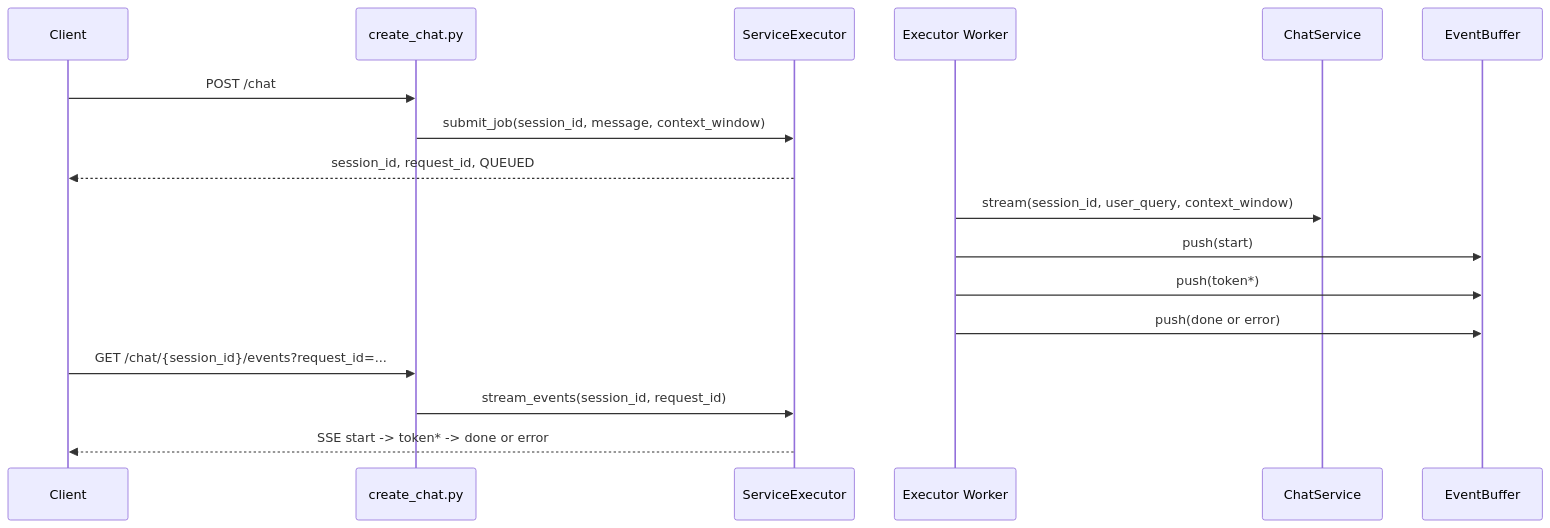
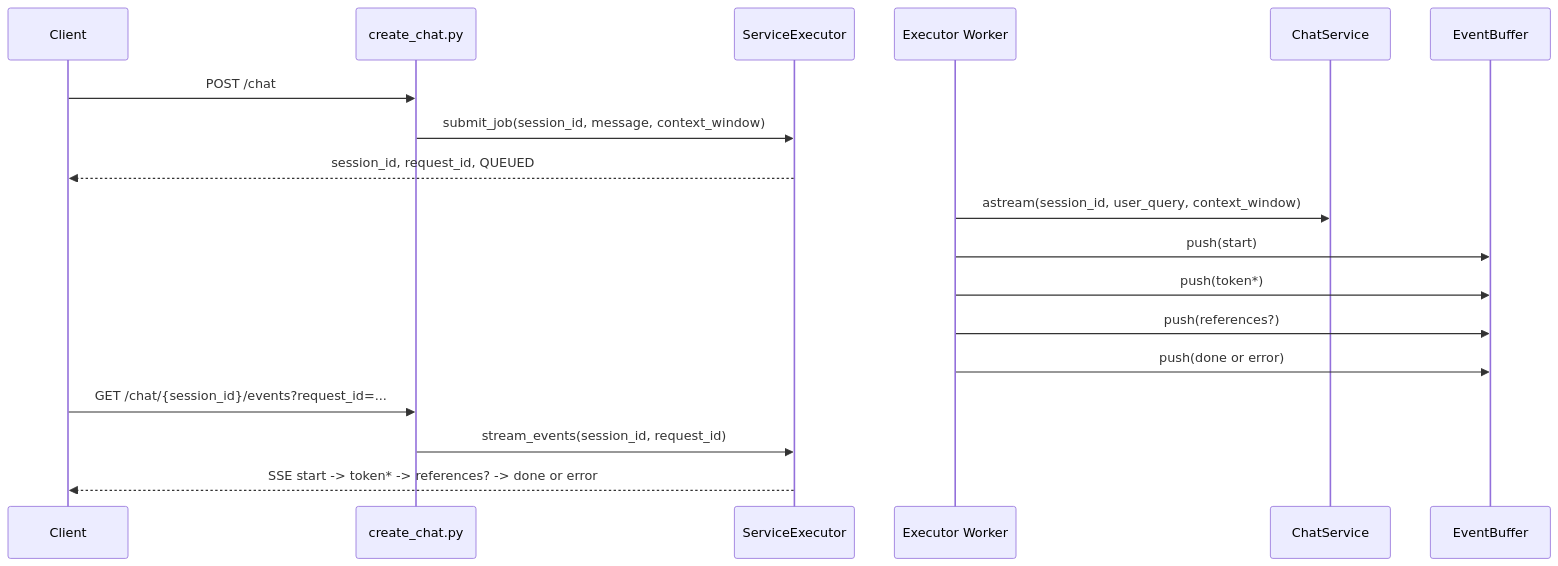
One commit to lgcns-ai-keonho-kim/TemplateZoo changed the diagram in templates/002_rag_chatbot/docs/api/chat.md. Above: the diagram before and after it, drawn with Mermaid. The commit also changed other lines of this file and 81 other files, not shown here.

````diff
--- a/templates/002_rag_chatbot/docs/api/chat.md
+++ b/templates/002_rag_chatbot/docs/api/chat.md
@@ -136,22 +84,23 @@
 ```mermaid
 sequenceDiagram
     participant FE as Client
     participant Router as create_chat.py
     participant EX as ServiceExecutor
     participant Worker as Executor Worker
     participant Svc as ChatService
     participant Buffer as EventBuffer
 
     FE->>Router: POST /chat
     Router->>EX: submit_job(session_id, message, context_window)
     EX-->>FE: session_id, request_id, QUEUED
 
-    Worker->>Svc: stream(session_id, user_query, context_window)
+    Worker->>Svc: astream(session_id, user_query, context_window)
     Worker->>Buffer: push(start)
     Worker->>Buffer: push(token*)
+    Worker->>Buffer: push(references?)
     Worker->>Buffer: push(done or error)
 
     FE->>Router: GET /chat/{session_id}/events?request_id=...
     Router->>EX: stream_events(session_id, request_id)
-    EX-->>FE: SSE start -> token* -> done or error
+    EX-->>FE: SSE start -> token* -> references? -> done or error
 ```
````
